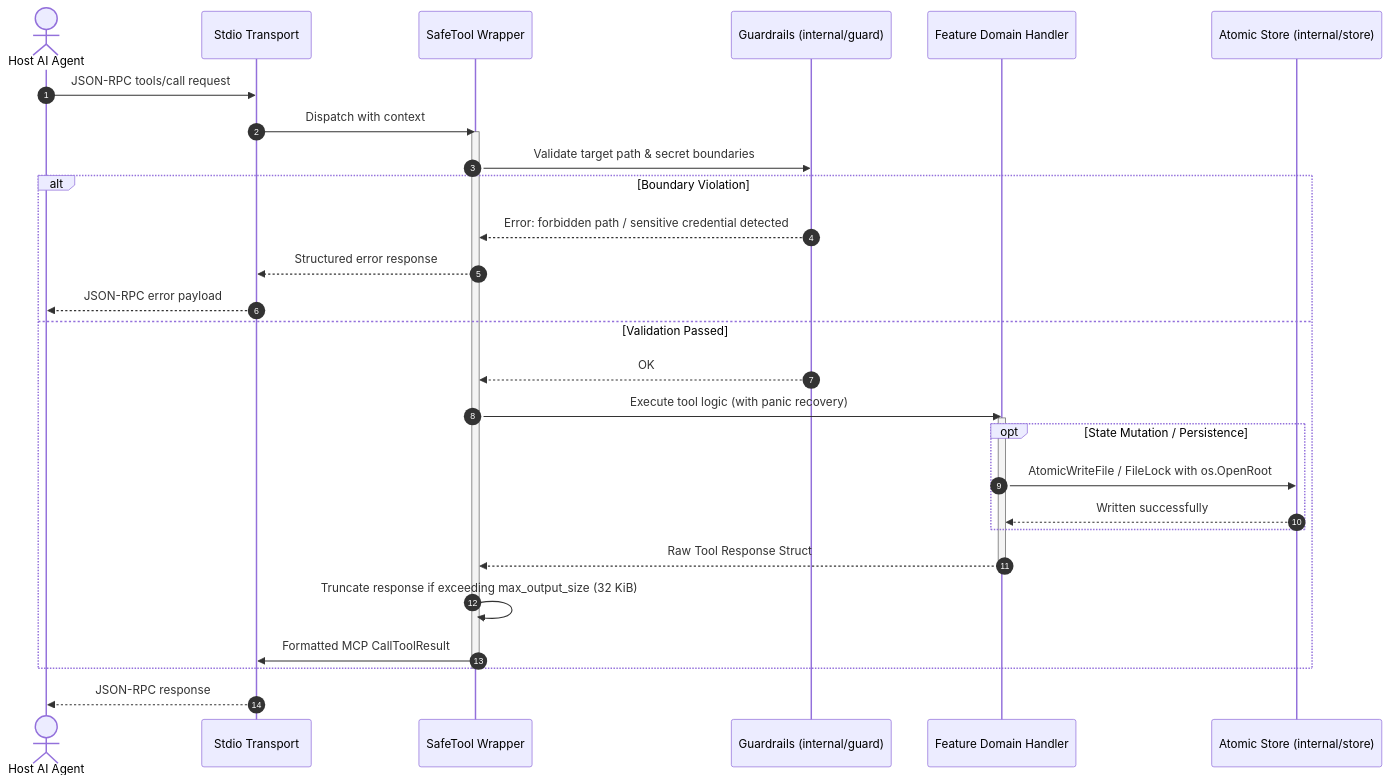
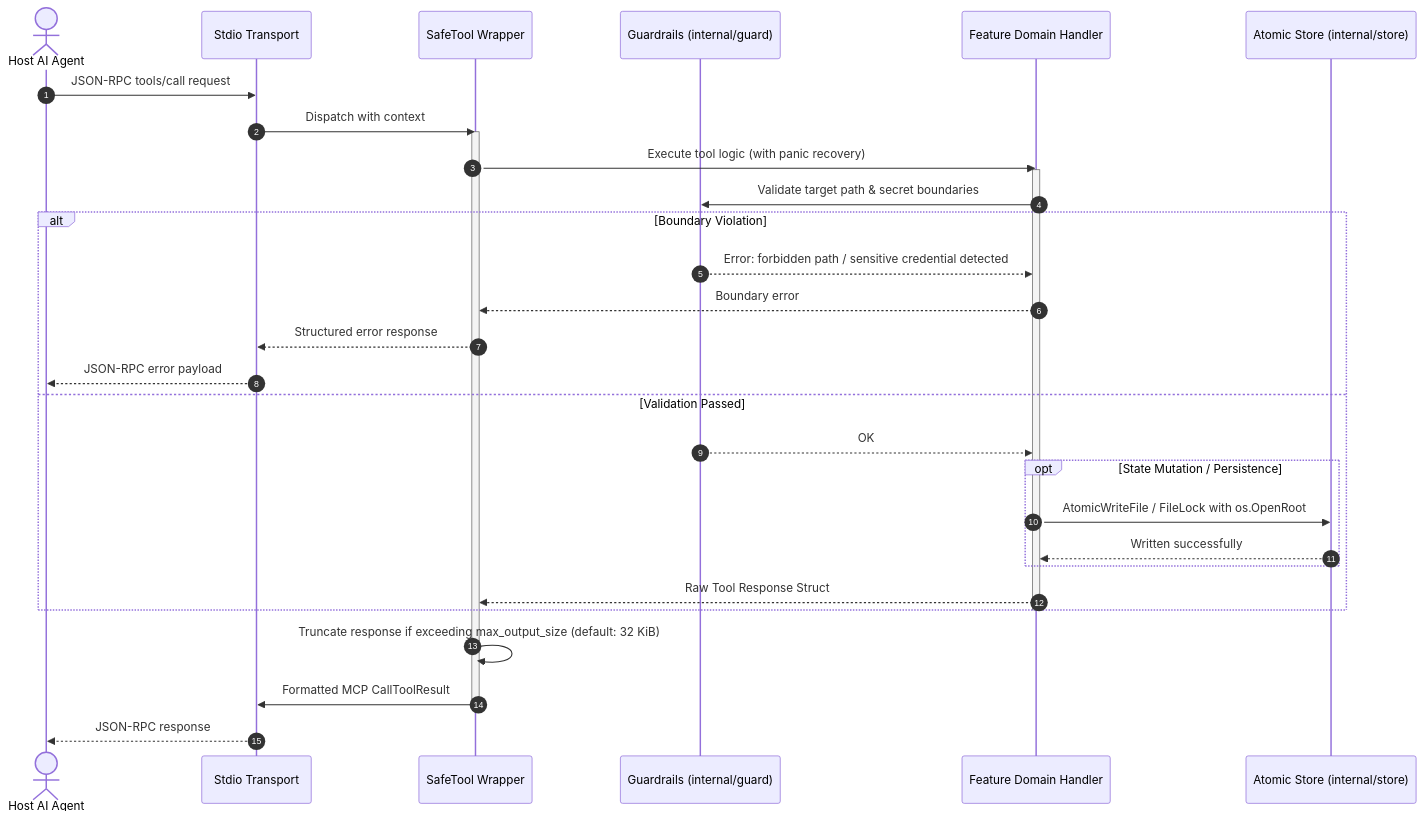
One commit to berquerant/agent-skills changed the third of 4 diagrams in mcp/references/architecture.md. Above: the diagram before and after it, drawn with Mermaid. The commit also changed 8 other files, not shown here.

First line of the commit message:
docs(mcp): refine documentation, architecture diagram, and internal package comments (#20)

````diff
--- a/mcp/references/architecture.md
+++ b/mcp/references/architecture.md
@@ -137,39 +137,41 @@
 ```mermaid
 sequenceDiagram
     autonumber
     actor Agent as Host AI Agent
     participant Stdio as Stdio Transport
     participant Safe as SafeTool Wrapper
     participant Guard as Guardrails (internal/guard)
     participant Feature as Feature Domain Handler
     participant Store as Atomic Store (internal/store)
 
     Agent->>Stdio: JSON-RPC tools/call request
     Stdio->>Safe: Dispatch with context
     activate Safe
 
-    Safe->>Guard: Validate target path & secret boundaries
+    Safe->>Feature: Execute tool logic (with panic recovery)
+    activate Feature
+
+    Feature->>Guard: Validate target path & secret boundaries
     alt Boundary Violation
-        Guard-->>Safe: Error: forbidden path / sensitive credential detected
+        Guard-->>Feature: Error: forbidden path / sensitive credential detected
+        Feature-->>Safe: Boundary error
         Safe-->>Stdio: Structured error response
         Stdio-->>Agent: JSON-RPC error payload
     else Validation Passed
-        Guard-->>Safe: OK
-        Safe->>Feature: Execute tool logic (with panic recovery)
-        activate Feature
+        Guard-->>Feature: OK
 
         opt State Mutation / Persistence
             Feature->>Store: AtomicWriteFile / FileLock with os.OpenRoot
             Store-->>Feature: Written successfully
         end
 
         Feature-->>Safe: Raw Tool Response Struct
-        deactivate Feature
+    end
+    deactivate Feature
 
-        Safe->>Safe: Truncate response if exceeding max_output_size (32 KiB)
-        Safe->>Stdio: Formatted MCP CallToolResult
-    end
+    Safe->>Safe: Truncate response if exceeding max_output_size (default: 32 KiB)
+    Safe->>Stdio: Formatted MCP CallToolResult
     deactivate Safe
 
     Stdio-->>Agent: JSON-RPC response
 ```
````
